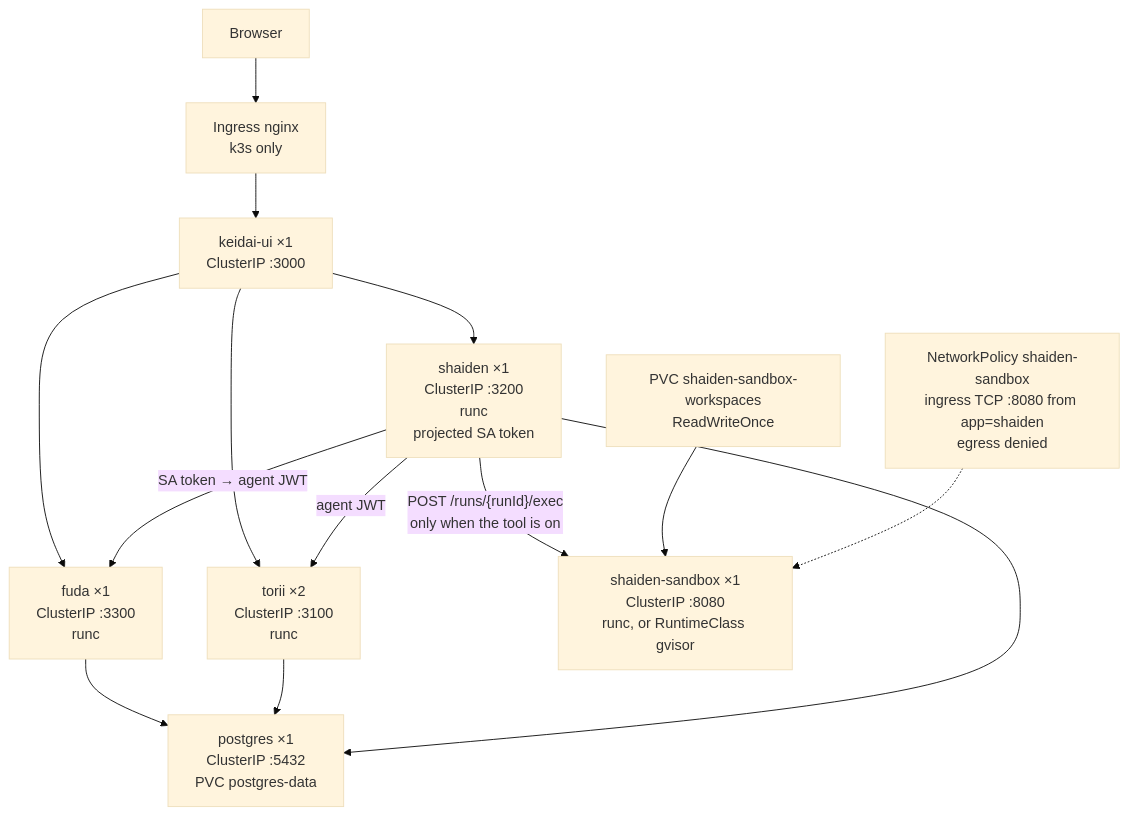
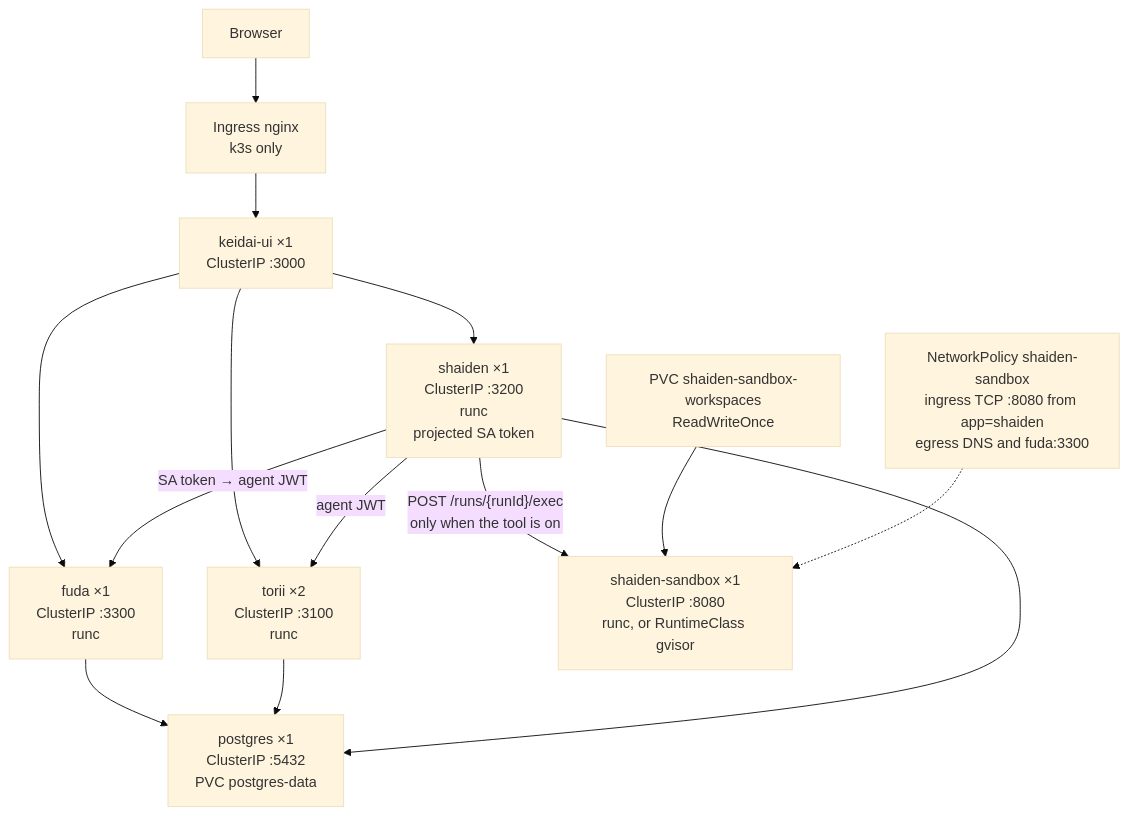
One commit to nathanlb/keidai changed the first of 2 diagrams in docs/sandboxing.md. Above: the diagram before and after it, drawn with Mermaid (base theme). The commit also changed other lines of this file and 8 other files, not shown here.

Commit message:
feat: add tests for OpenRouter model ID handling and update validation schema (#156)

````diff
--- a/docs/sandboxing.md
+++ b/docs/sandboxing.md
@@ -23,25 +23,25 @@
 ```mermaid
 flowchart TB
   browser[Browser]
   ingress["Ingress nginx<br/>k3s only"]
   ui["keidai-ui ×1<br/>ClusterIP :3000"]
   torii["torii ×2<br/>ClusterIP :3100<br/>runc"]
   fuda["fuda ×1<br/>ClusterIP :3300<br/>runc"]
   shaiden["shaiden ×1<br/>ClusterIP :3200<br/>runc<br/>projected SA token"]
   sandbox["shaiden-sandbox ×1<br/>ClusterIP :8080<br/>runc, or RuntimeClass gvisor"]
   pg["postgres ×1<br/>ClusterIP :5432<br/>PVC postgres-data"]
 
   browser --> ingress --> ui
   ui --> torii
   ui --> fuda
   ui --> shaiden
   shaiden -->|"SA token → agent JWT"| fuda
   shaiden -->|"agent JWT"| torii
   shaiden -->|"POST /runs/{runId}/exec<br/>only when the tool is on"| sandbox
   fuda --> pg
   torii --> pg
   shaiden --> pg
 
   pvc["PVC shaiden-sandbox-workspaces<br/>ReadWriteOnce"] --> sandbox
-  policy["NetworkPolicy shaiden-sandbox<br/>ingress TCP :8080 from app=shaiden<br/>egress denied"] -.-> sandbox
+  policy["NetworkPolicy shaiden-sandbox<br/>ingress TCP :8080 from app=shaiden<br/>egress DNS and fuda:3300"] -.-> sandbox
 ```
````
